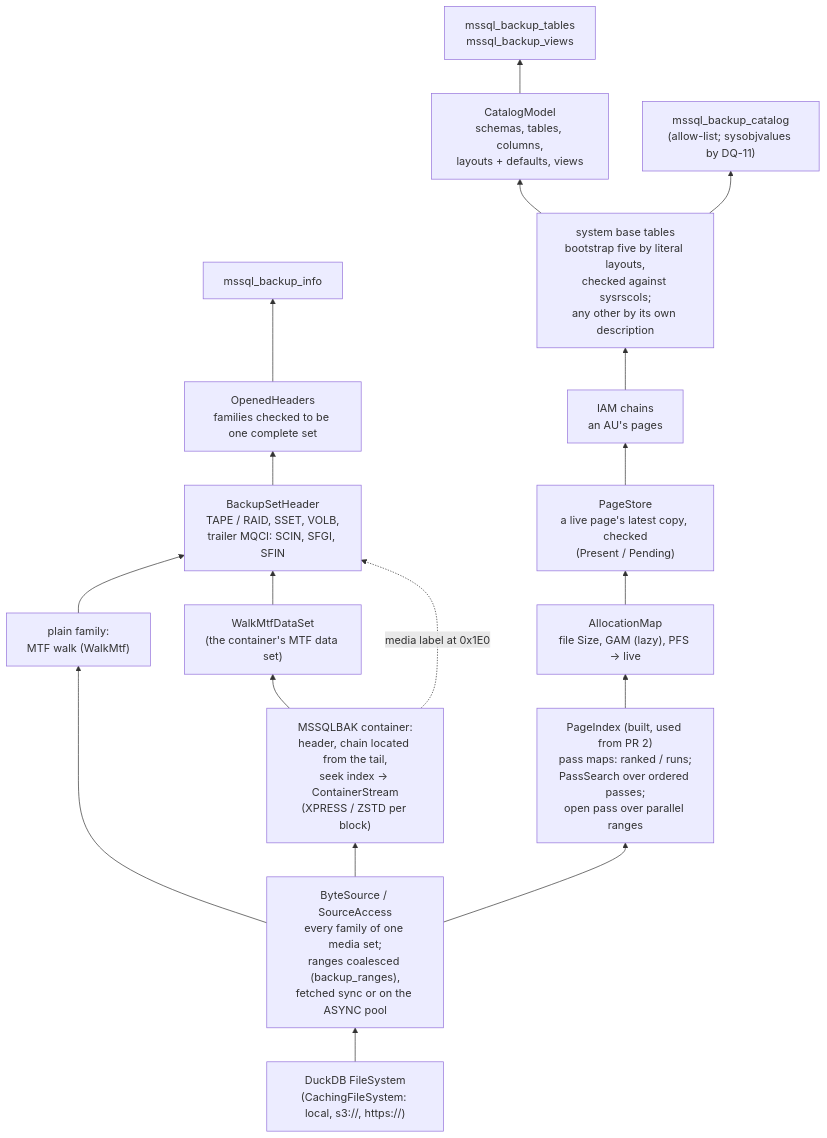
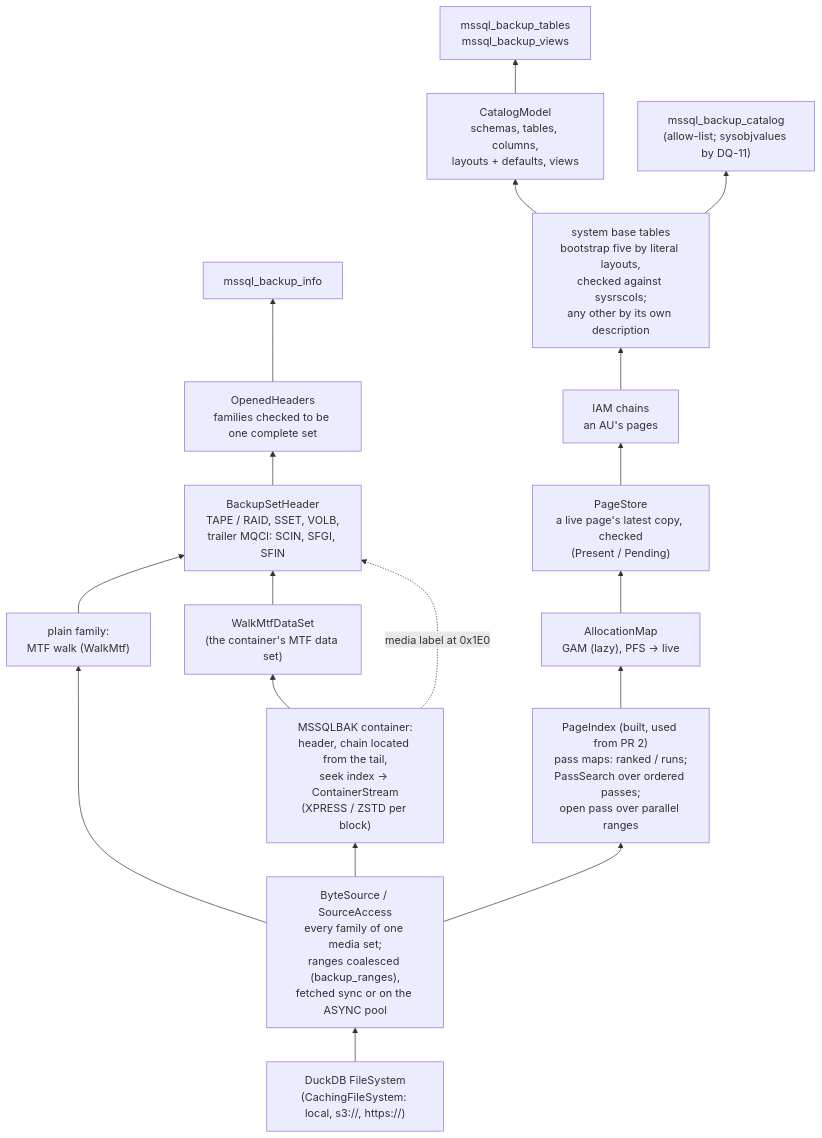
Before and after one commit to hugr-lab/mssql-extension: diagram 19 of 20 in DATAMODEL.md, drawn with Mermaid. The commit also changed other lines of this file and 26 other files, not shown here.

````diff
--- a/DATAMODEL.md
+++ b/DATAMODEL.md
@@ -1402,20 +1402,20 @@
 ```mermaid
 flowchart BT
   fs["DuckDB FileSystem<br/>(CachingFileSystem: local, s3://, https://)"] --> src["ByteSource / SourceAccess<br/>every family of one media set;<br/>ranges coalesced (backup_ranges),<br/>fetched sync or on the ASYNC pool"]
   src --> plain["plain family:<br/>MTF walk (WalkMtf)"]
   src --> cont["MSSQLBAK container:<br/>header, chain located from the tail,<br/>seek index → ContainerStream<br/>(XPRESS / ZSTD per block)"]
   cont --> ds["WalkMtfDataSet<br/>(the container's MTF data set)"]
   plain --> set["BackupSetHeader<br/>TAPE / RAID, SSET, VOLB,<br/>trailer MQCI: SCIN, SFGI, SFIN"]
   ds --> set
   cont -. media label at 0x1E0 .-> set
   set --> opened["OpenedHeaders<br/>families checked to be one complete set"]
   opened --> info["mssql_backup_info"]
   src --> idx["PageIndex (built, used from PR 2)<br/>pass maps: ranked / runs;<br/>PassSearch over ordered passes;<br/>open pass over parallel ranges"]
-  idx --> alloc["AllocationMap<br/>file Size, GAM (lazy), PFS → live"]
+  idx --> alloc["AllocationMap<br/>GAM (lazy), PFS → live"]
   alloc --> store["PageStore<br/>a live page's latest copy, checked<br/>(Present / Pending)"]
   store --> iam["IAM chains<br/>an AU's pages"]
   iam --> sys["system base tables<br/>bootstrap five by literal layouts,<br/>checked against sysrscols;<br/>any other by its own description"]
   sys --> model["CatalogModel<br/>schemas, tables, columns,<br/>layouts + defaults, views"]
   model --> tables["mssql_backup_tables<br/>mssql_backup_views"]
   sys --> basetables["mssql_backup_catalog<br/>(allow-list; sysobjvalues by DQ-11)"]
 ```
````
